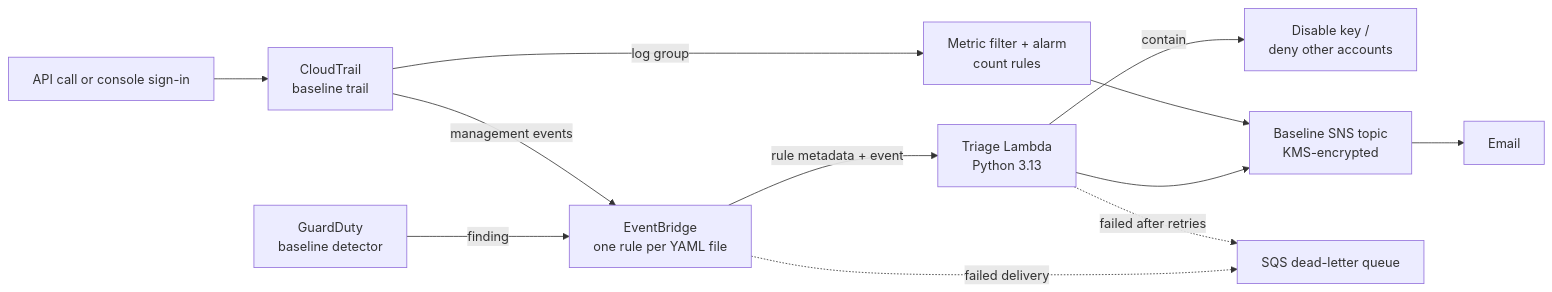
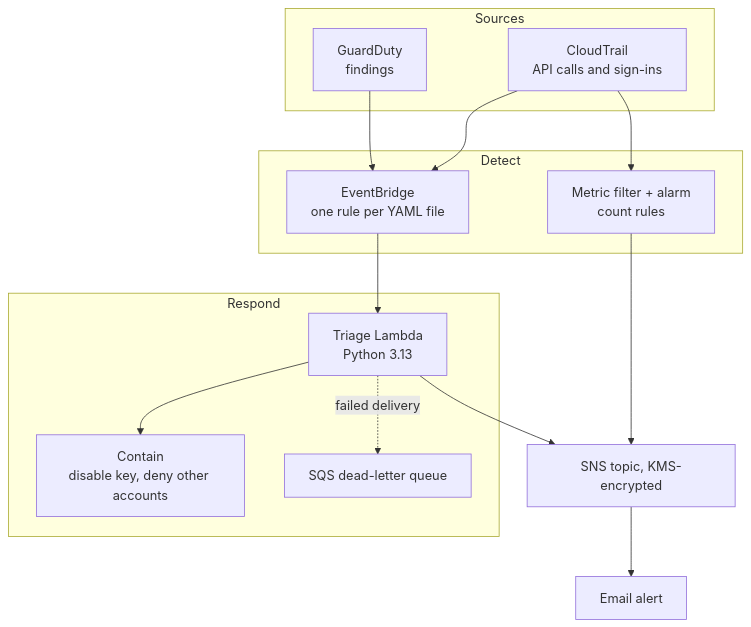
One commit to Anikate2212/aws-detection-as-code changed the diagram in README.md. Above: the diagram before and after it, drawn with Mermaid. The commit also changed other lines of this file and 1 other file, not shown here.

Commit message:
README: results summary, stack, alert screenshot, clearer diagram, next steps

````diff
--- a/README.md
+++ b/README.md
@@ -24,14 +35,26 @@
 ```mermaid
-flowchart LR
-    A[API call or console sign-in] --> CT[CloudTrail<br/>baseline trail]
-    GD[GuardDuty<br/>baseline detector] -->|finding| EB
-    CT -->|management events| EB[EventBridge<br/>one rule per YAML file]
-    CT -->|log group| MF[Metric filter + alarm<br/>count rules]
-    EB -->|rule metadata + event| L[Triage Lambda<br/>Python 3.13]
-    L -->|contain| C[Disable key /<br/>deny other accounts]
-    L --> SNS[Baseline SNS topic<br/>KMS-encrypted]
+flowchart TB
+    subgraph Sources
+        CT[CloudTrail<br/>API calls and sign-ins]
+        GD[GuardDuty<br/>findings]
+    end
+    subgraph Detect
+        EB[EventBridge<br/>one rule per YAML file]
+        MF[Metric filter + alarm<br/>count rules]
+    end
+    subgraph Respond
+        L[Triage Lambda<br/>Python 3.13]
+        C[Contain<br/>disable key, deny other accounts]
+        DLQ[SQS dead-letter queue]
+    end
+    SNS[SNS topic, KMS-encrypted] --> E[Email alert]
+
+    CT --> EB
+    GD --> EB
+    CT --> MF
+    EB --> L
+    L --> C
+    L --> SNS
     MF --> SNS
-    SNS --> E[Email]
-    EB -.->|failed delivery| DLQ[SQS dead-letter queue]
-    L -.->|failed after retries| DLQ
+    L -.->|failed delivery| DLQ
 ```
````
